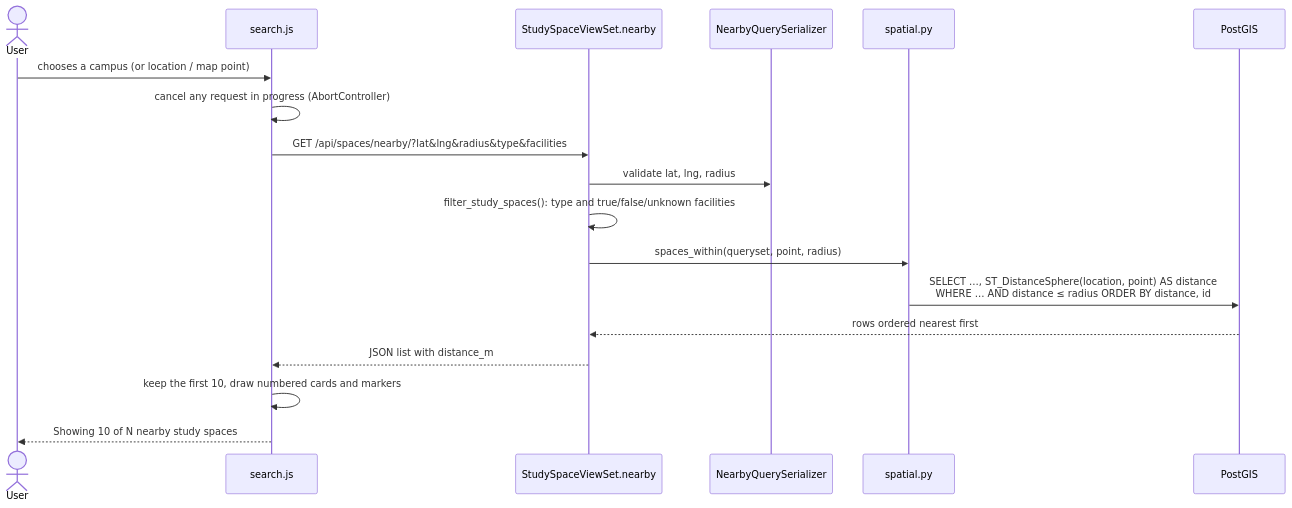
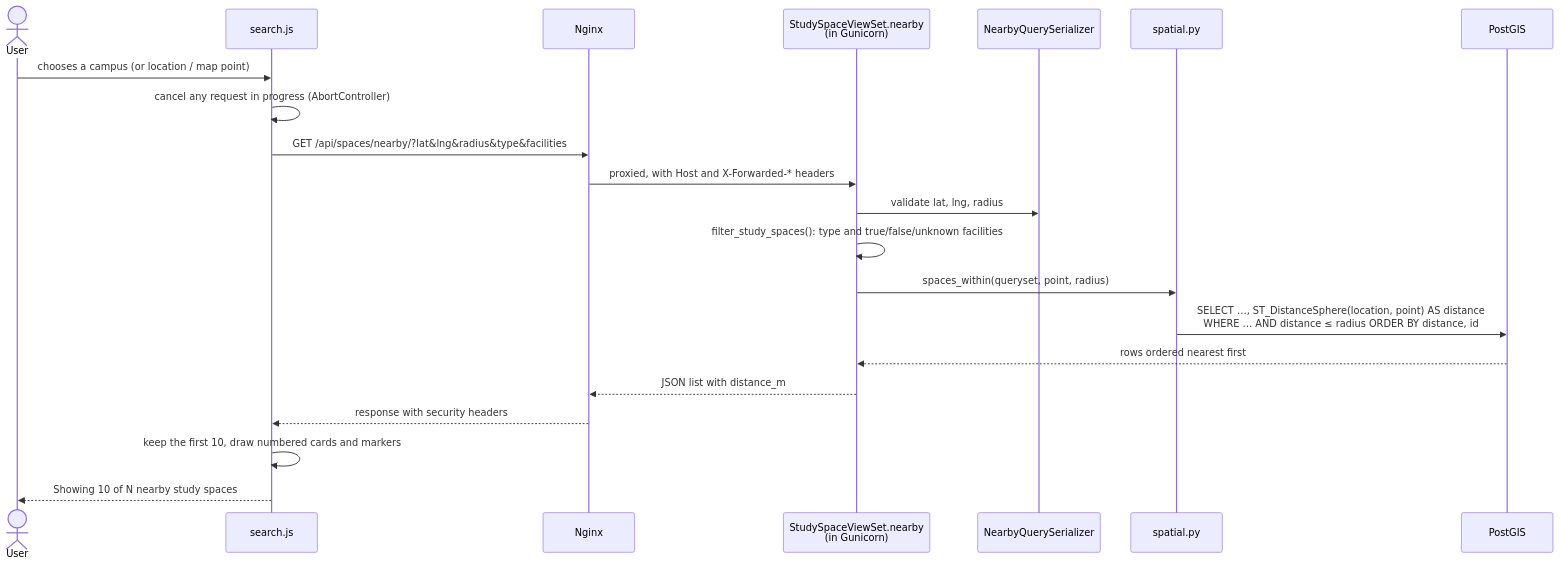
Before and after one commit to sayoowolabi/studysmart: the second of 2 diagrams in docs/architecture.md, drawn with Mermaid. The commit also changed other lines of this file and 13 other files, not shown here.

First line of the commit message:
feat: serve the site through Nginx and Gunicorn with DEBUG off

````diff
--- a/docs/architecture.md
+++ b/docs/architecture.md
@@ -61,21 +71,24 @@
 ```mermaid
 sequenceDiagram
     actor User
     participant JS as search.js
-    participant API as StudySpaceViewSet.nearby
+    participant Nginx as Nginx
+    participant API as StudySpaceViewSet.nearby<br/>(in Gunicorn)
     participant Ser as NearbyQuerySerializer
     participant Sp as spatial.py
     participant DB as PostGIS
 
     User->>JS: chooses a campus (or location / map point)
     JS->>JS: cancel any request in progress (AbortController)
-    JS->>API: GET /api/spaces/nearby/?lat&lng&radius&type&facilities
+    JS->>Nginx: GET /api/spaces/nearby/?lat&lng&radius&type&facilities
+    Nginx->>API: proxied, with Host and X-Forwarded-* headers
     API->>Ser: validate lat, lng, radius
     API->>API: filter_study_spaces(): type and true/false/unknown facilities
     API->>Sp: spaces_within(queryset, point, radius)
     Sp->>DB: SELECT …, ST_DistanceSphere(location, point) AS distance<br/>WHERE … AND distance ≤ radius ORDER BY distance, id
     DB-->>API: rows ordered nearest first
-    API-->>JS: JSON list with distance_m
+    API-->>Nginx: JSON list with distance_m
+    Nginx-->>JS: response with security headers
     JS->>JS: keep the first 10, draw numbered cards and markers
     JS-->>User: Showing 10 of N nearby study spaces
 ```
````
